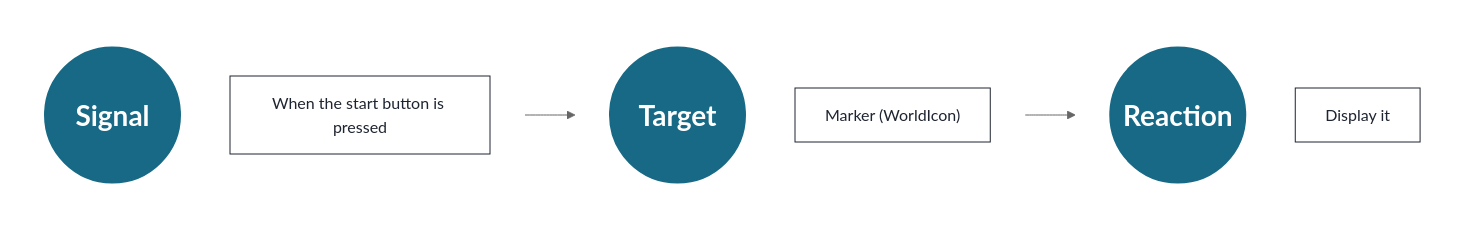
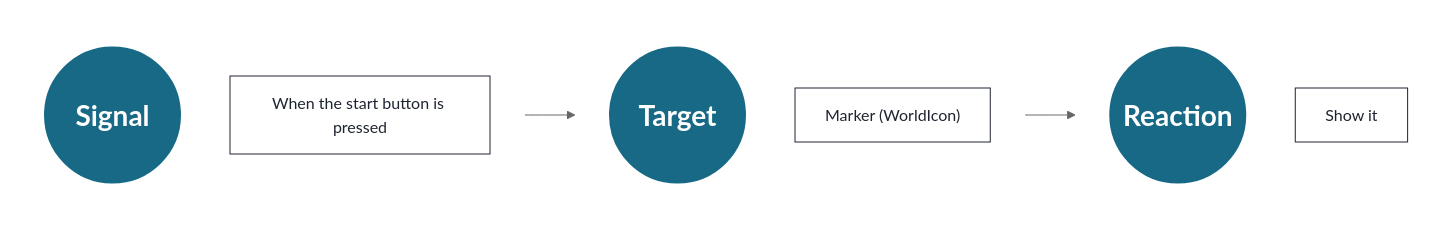
One commit to link1345/bf-portal-book changed the first of 2 diagrams in content/locales/en/chapters/5-rule-editor.md. Above: the diagram before and after it, drawn with Mermaid (neutral theme). The commit also changed other lines of this file and 2 other files, not shown here.

````diff
--- a/content/locales/en/chapters/5-rule-editor.md
+++ b/content/locales/en/chapters/5-rule-editor.md
@@ -13,32 +13,32 @@
 ```mermaid
 flowchart LR
   subgraph signalGroup[" "]
     direction TB
     signal(("<span style='display:inline-block;width:120px;text-align:center;color:white'>Signal</span>"))
     signalText["When the start button is pressed"]
   end
 
   subgraph targetGroup[" "]
     direction TB
     target(("<span style='display:inline-block;width:120px;text-align:center;color:white'>Target</span>"))
     targetText["Marker (WorldIcon)"]
   end
 
   subgraph reactionGroup[" "]
     direction TB
     reaction(("<span style='display:inline-block;width:120px;text-align:center;color:white'>Reaction</span>"))
-    reactionText["Display it"]
+    reactionText["Show it"]
   end
 
   signal --> target --> reaction
 
   style signal fill:#176985,color:#fff,stroke:#176985,stroke-width:2px,font-size:28px,font-weight:700
   style target fill:#176985,color:#fff,stroke:#176985,stroke-width:2px,font-size:28px,font-weight:700
   style reaction fill:#176985,color:#fff,stroke:#176985,stroke-width:2px,font-size:28px,font-weight:700
   style signalText fill:#fff,color:#1e2430,stroke:#1e2430,stroke-width:1px
   style targetText fill:#fff,color:#1e2430,stroke:#1e2430,stroke-width:1px
   style reactionText fill:#fff,color:#1e2430,stroke:#1e2430,stroke-width:1px
   style signalGroup fill:transparent,stroke:transparent
   style targetGroup fill:transparent,stroke:transparent
   style reactionGroup fill:transparent,stroke:transparent
 ```
````
